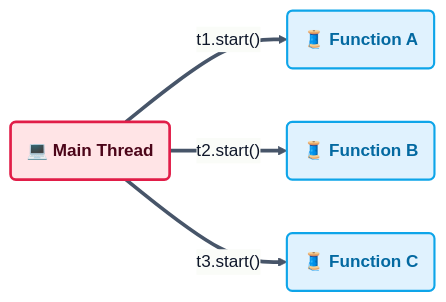
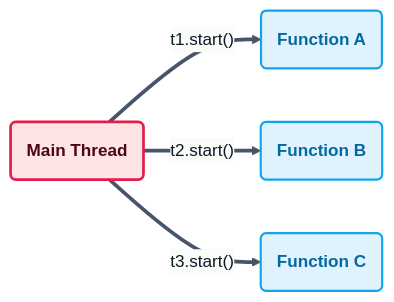
The second of 9 diagrams in SyedMuhammadHuzaifaAshrafi-(23FA-035-SE)/Chapter02/README.md (RameenAnwar/PDC-SP26-SE), drawn with Mermaid before and after one commit. The commit also changed other lines of this file and 5 other files, not shown here.

````diff
--- a/SyedMuhammadHuzaifaAshrafi-(23FA-035-SE)/Chapter02/README.md
+++ b/SyedMuhammadHuzaifaAshrafi-(23FA-035-SE)/Chapter02/README.md
@@ -82,15 +82,15 @@
 ```mermaid
 %%{init: {'theme': 'base', 'themeVariables': { 'lineColor': '#475569', 'primaryColor': '#f8fafc', 'primaryTextColor': '#0f172a', 'primaryBorderColor': '#cbd5e1' }}}%%
 flowchart LR
     %% Premium Thread Spawning Model
     classDef tMain fill:#ffe4e6,stroke:#e11d48,stroke-width:2.5px,color:#4c0519,font-weight:bold
     classDef tChild fill:#e0f2fe,stroke:#0ea5e9,stroke-width:2px,color:#0369a1,font-weight:bold
 
-    Main("💻 Main Thread")
-    Main == "t1.start()" ==> F_A("🧵 Function A")
-    Main == "t2.start()" ==> F_B("🧵 Function B")
-    Main == "t3.start()" ==> F_C("🧵 Function C")
+    Main("Main Thread")
+    Main == "t1.start()" ==> F_A("Function A")
+    Main == "t2.start()" ==> F_B("Function B")
+    Main == "t3.start()" ==> F_C("Function C")
 
     class Main tMain
     class F_A,F_B,F_C tChild
 ```
````
